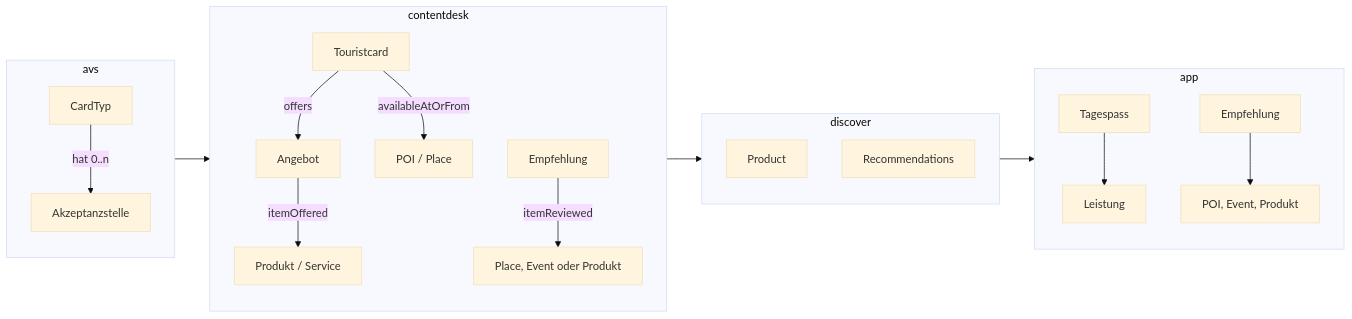
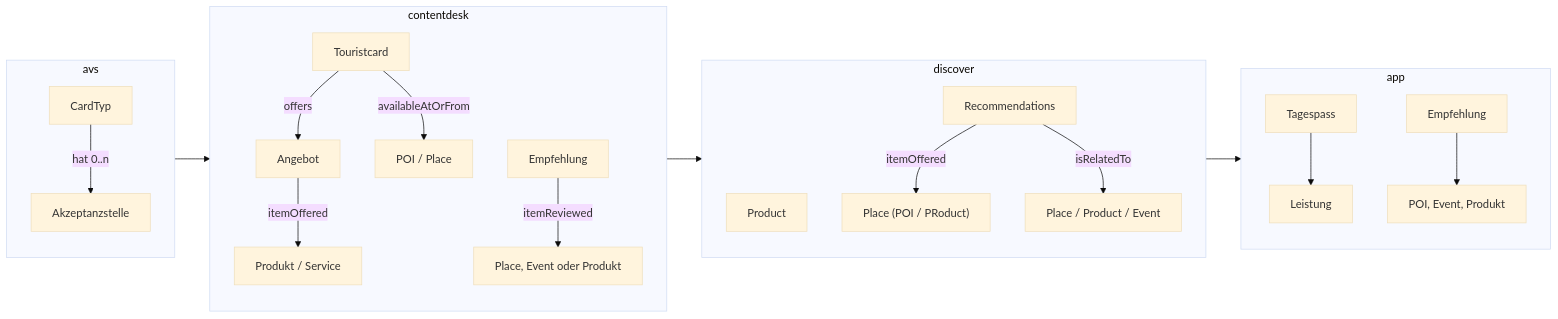
One commit to tsolenthaler/docs.contentdesk.io changed the second of 7 diagrams in docs/projects/glarnerlandApp.md. Above: the diagram before and after it, drawn with Mermaid (base theme).

Commit message:
Refactor schema links and update documentation in glarnerlandApp.md

````diff
--- a/docs/projects/glarnerlandApp.md
+++ b/docs/projects/glarnerlandApp.md
@@ -47,29 +47,30 @@
 ``` mermaid
 graph LR
     subgraph avs
         direction TB
         CardTyp --> | hat 0..n| Akzeptanzstelle
     end
     subgraph contentdesk
         direction TB
         Touristcard --> |offers| Angebot
         Touristcard --> |availableAtOrFrom| Ort["POI / Place"]
         Angebot --> |itemOffered| Angebot2["Produkt / Service"]
         Empfehlung --> |itemReviewed| item["Place, Event oder Produkt"]
     end
     subgraph discover
         direction TB
         Product
-        Recommendations
+        Recommendations -->|itemOffered|Place["Place (POI / PRoduct)"]
+        Recommendations -->|isRelatedTo|Place2["Place / Product / Event"]
     end
     subgraph app
         direction TB
         Tagespass --> Leistung
         EmpfehlungApp["Empfehlung"]
         EmpfehlungApp --> ItemApp["POI, Event, Produkt"]
     end
 
     avs --> contentdesk
     contentdesk --> discover
     discover --> app
 ```
````
